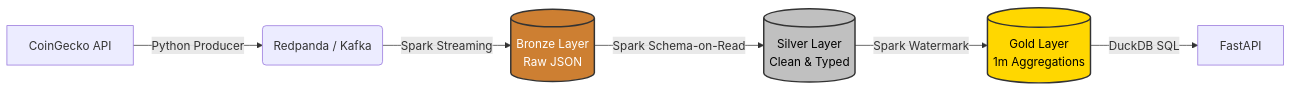
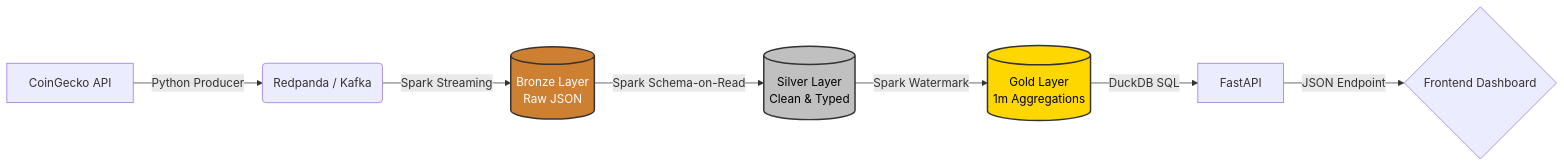
One commit to Andr3yGabriel/cryptostream-lakehouse changed the diagram in README.MD. Above: the diagram before and after it, drawn with Mermaid. The commit also changed other lines of this file, not shown here.

Commit message:
docs: update readme to include nextjs dashboard architecture, updated project structure, and new tech stack

````diff
--- a/README.MD
+++ b/README.MD
@@ -11,12 +11,13 @@
 ```mermaid
 graph LR
     A[CoinGecko API] -->|Python Producer| B(Redpanda / Kafka)
     B -->|Spark Streaming| C[(Bronze Layer<br>Raw JSON)]
     C -->|Spark Schema-on-Read| D[(Silver Layer<br>Clean & Typed)]
     D -->|Spark Watermark| E[(Gold Layer<br>1m Aggregations)]
     E -->|DuckDB SQL| F[FastAPI]
+    F -->|JSON Endpoint| G{Frontend Dashboard}
     
     style C fill:#cd7f32,stroke:#333,stroke-width:2px,color:#fff
     style D fill:#c0c0c0,stroke:#333,stroke-width:2px,color:#000
     style E fill:#ffd700,stroke:#333,stroke-width:2px,color:#000
 ```
````
